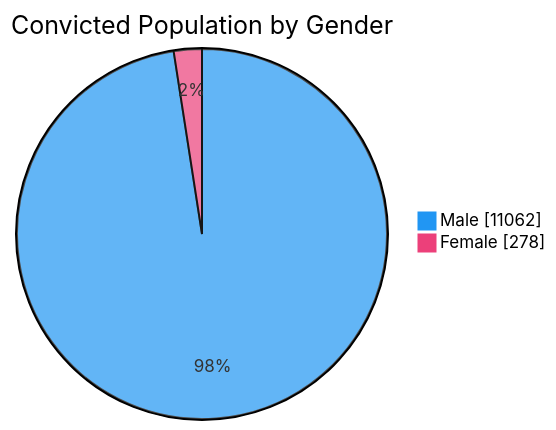
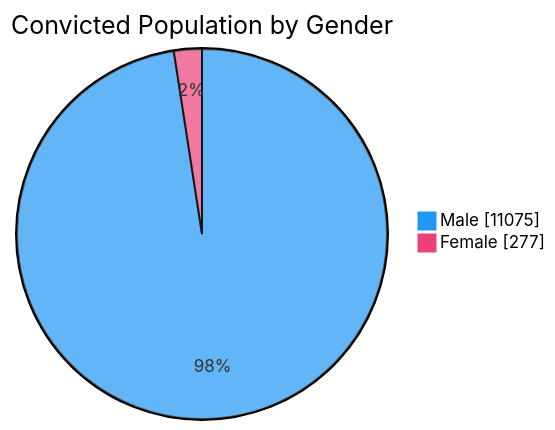
The third of 7 diagrams in README.md (nuuuwan/lk_prisons), drawn with Mermaid before and after one commit. The commit also changed other lines of this file and 1 other file, not shown here.

````diff
--- a/README.md
+++ b/README.md
@@ -65,6 +65,6 @@
 ```mermaid
 %%{init: {'themeVariables': {'pie1': '#2196F3', 'pie2': '#EC407A'}}}%%
 pie showData title Convicted Population by Gender
-    "Male" : 11062
-    "Female" : 278
+    "Male" : 11075
+    "Female" : 277
 ```
````
